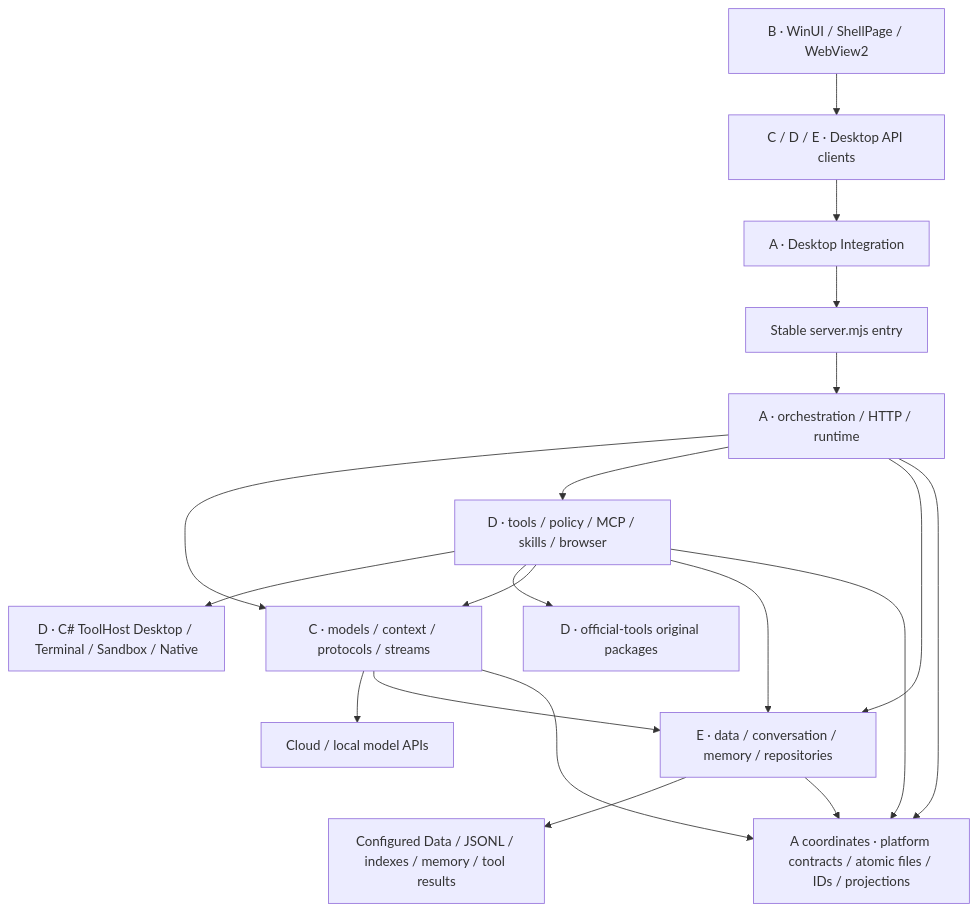
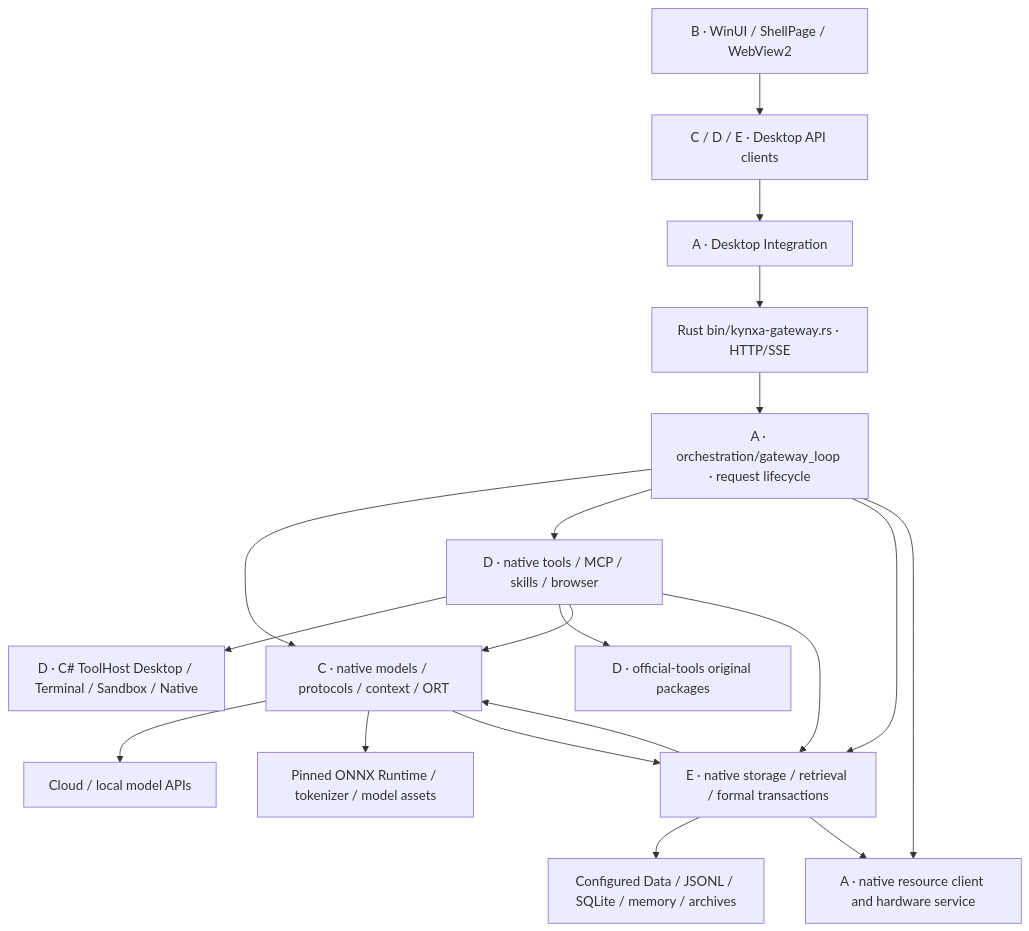
One commit to jinpeng900/KYNXA changed the diagram in docs/architecture/team-boundaries.md. Above: the diagram before and after it, drawn with Mermaid. The commit also changed other lines of this file and 769 other files, not shown here.

First line of the commit message:
feat(core): ship native Rust gateway and integrate runtime fixes

````diff
--- a/docs/architecture/team-boundaries.md
+++ b/docs/architecture/team-boundaries.md
@@ -7,21 +7,21 @@
 ```mermaid
 flowchart TD
   B["B · WinUI / ShellPage / WebView2"] --> Clients["C / D / E · Desktop API clients"]
   Clients --> I["A · Desktop Integration"]
-  I --> Entry["Stable server.mjs entry"]
-  Entry --> A["A · orchestration / HTTP / runtime"]
-  A --> C["C · models / context / protocols / streams"]
-  A --> D["D · tools / policy / MCP / skills / browser"]
-  A --> E["E · data / conversation / memory / repositories"]
+  I --> Entry["Rust bin/kynxa-gateway.rs · HTTP/SSE"]
+  Entry --> A["A · orchestration/gateway_loop · request lifecycle"]
+  A --> C["C · native models / protocols / context / ORT"]
+  A --> D["D · native tools / MCP / skills / browser"]
+  A --> E["E · native storage / retrieval / formal transactions"]
   C --> Model["Cloud / local model APIs"]
   D --> Host["D · C# ToolHost Desktop / Terminal / Sandbox / Native"]
   D --> Packages["D · official-tools original packages"]
-  E --> Files["Configured Data / JSONL / indexes / memory / tool results"]
-  A --> P["A coordinates · platform contracts / atomic files / IDs / projections"]
+  E --> Files["Configured Data / JSONL / SQLite / memory / archives"]
+  A --> R["A · native resource client and hardware service"]
+  C --> ORT["Pinned ONNX Runtime / tokenizer / model assets"]
   C --> E
+  E --> C
   D --> C
   D --> E
-  C --> P
-  D --> P
-  E --> P
+  E --> R
 ```
````
